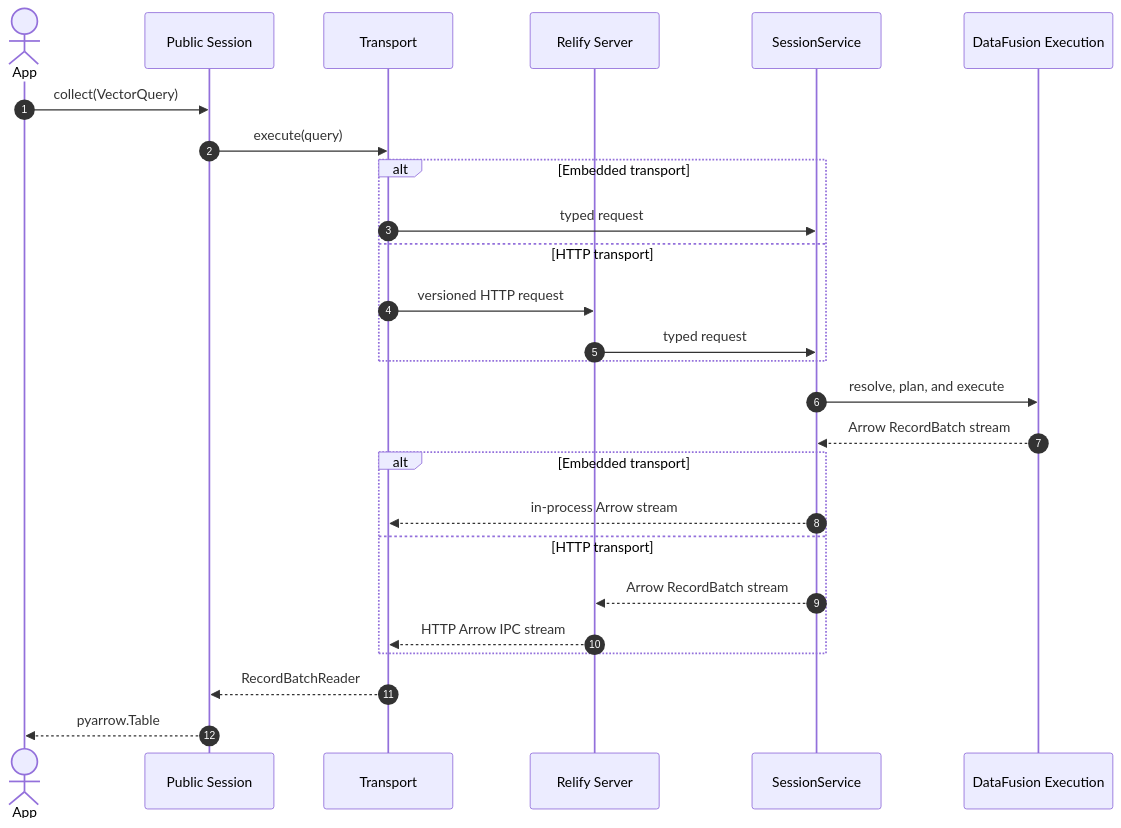
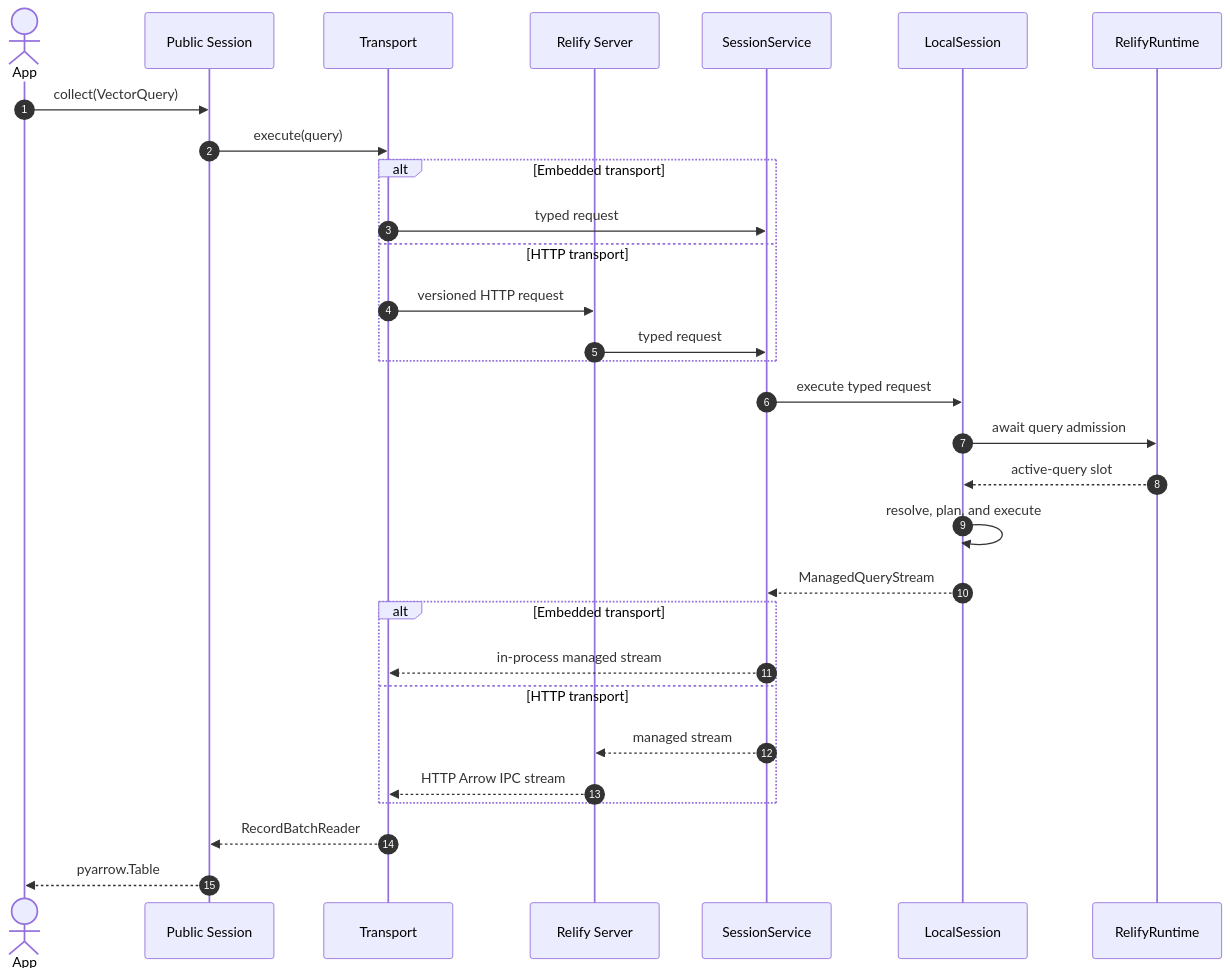
Before and after one commit to parqdb-io/parqdb: the second of 2 diagrams in docs/rfcs/20260815-unified-embedded-client-server-api.md, drawn with Mermaid. The commit also changed other lines of this file, not shown here.

Commit message:
docs(rfc): make server design implementation-ready

````diff
--- a/docs/rfcs/20260815-unified-embedded-client-server-api.md
+++ b/docs/rfcs/20260815-unified-embedded-client-server-api.md
@@ -601,29 +660,33 @@
 ```mermaid
 sequenceDiagram
     autonumber
     actor App
     participant API as Public Session
     participant Transport
     participant Server as Relify Server
     participant Service as SessionService
-    participant Engine as DataFusion Execution
+    participant Local as LocalSession
+    participant Runtime as RelifyRuntime
 
     App->>API: collect(VectorQuery)
     API->>Transport: execute(query)
     alt Embedded transport
         Transport->>Service: typed request
     else HTTP transport
         Transport->>Server: versioned HTTP request
         Server->>Service: typed request
     end
-    Service->>Engine: resolve, plan, and execute
-    Engine-->>Service: Arrow RecordBatch stream
+    Service->>Local: execute typed request
+    Local->>Runtime: await query admission
+    Runtime-->>Local: active-query slot
+    Local->>Local: resolve, plan, and execute
+    Local-->>Service: ManagedQueryStream
     alt Embedded transport
-        Service-->>Transport: in-process Arrow stream
+        Service-->>Transport: in-process managed stream
     else HTTP transport
-        Service-->>Server: Arrow RecordBatch stream
+        Service-->>Server: managed stream
         Server-->>Transport: HTTP Arrow IPC stream
     end
     Transport-->>API: RecordBatchReader
     API-->>App: pyarrow.Table
 ```
````
